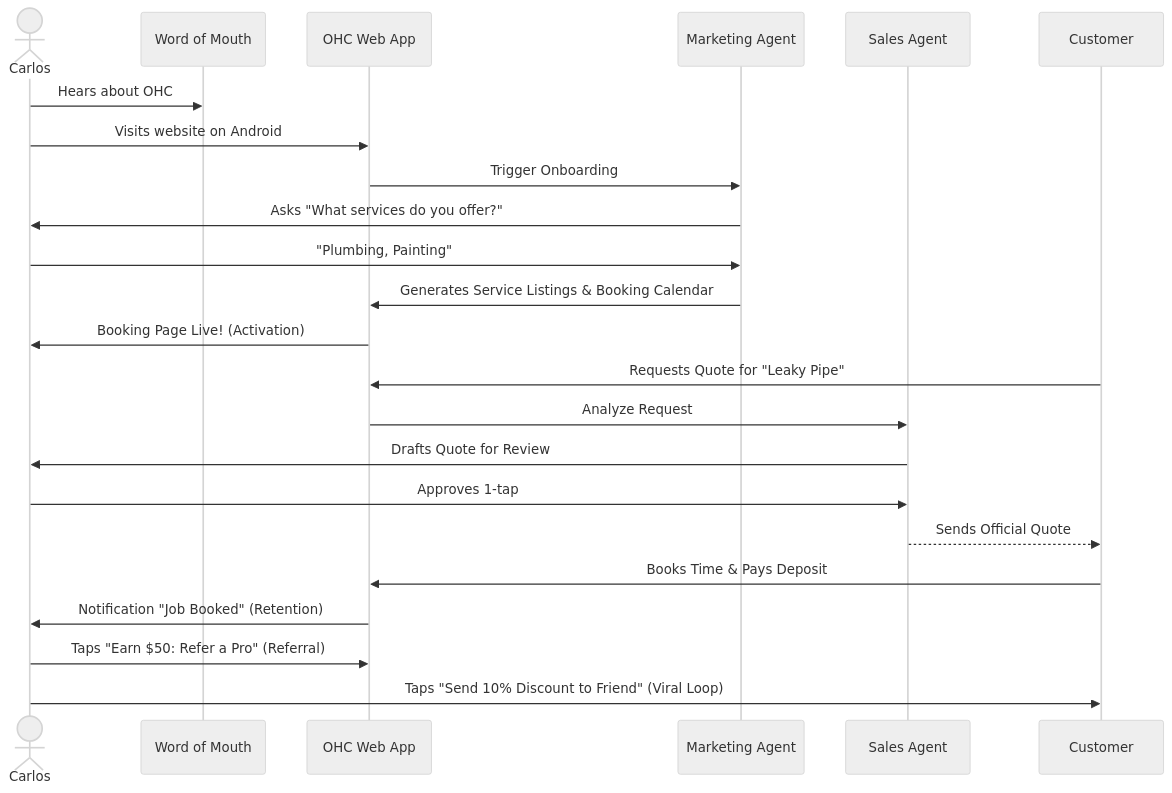
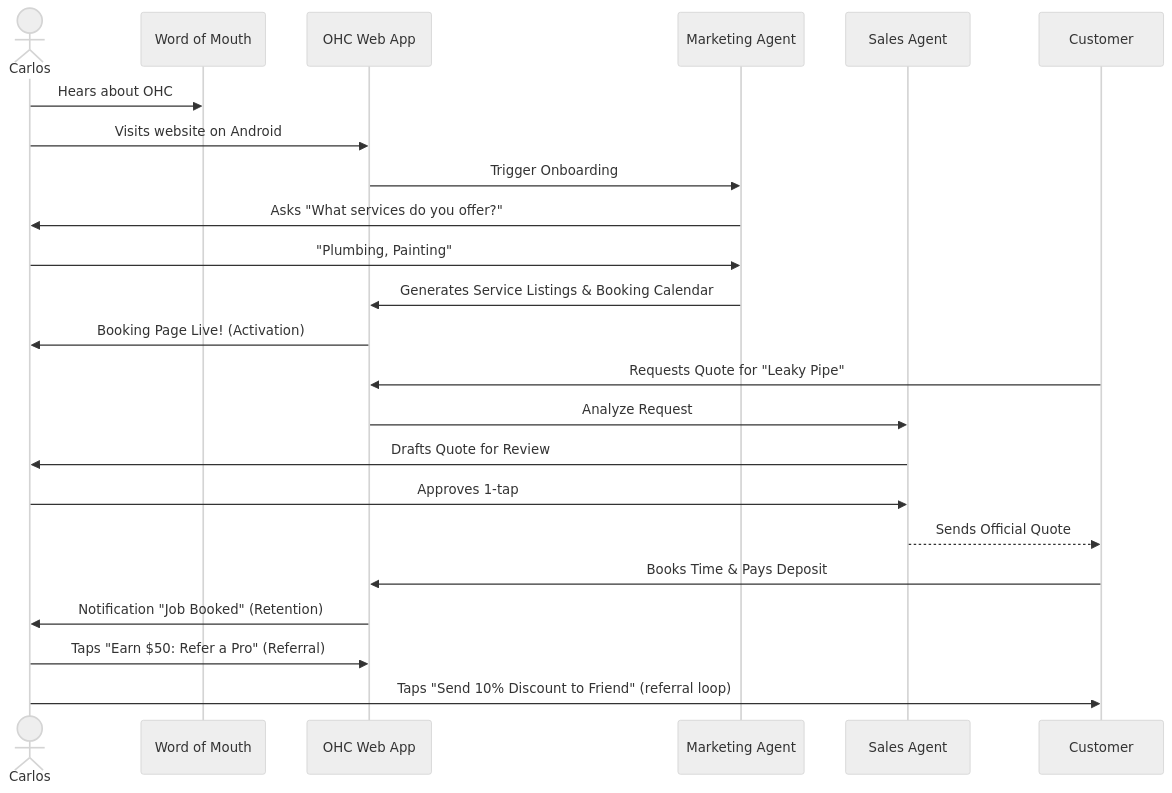
One commit to omnisolo-llc/onehumancorp changed the second of 5 diagrams in docs/research/[architecture]_business_journey.md. Above: the diagram before and after it, drawn with Mermaid (neutral theme). The commit also changed other lines of this file and 13 other files, not shown here.

````diff
--- a/docs/research/[architecture]_business_journey.md
+++ b/docs/research/[architecture]_business_journey.md
@@ -71,26 +71,26 @@
 ```mermaid
 sequenceDiagram
     actor Carlos
     participant WoM as Word of Mouth
     participant OHC as OHC Web App
     participant AI_Mark as Marketing Agent
     participant AI_Sales as Sales Agent
     participant Cust as Customer
 
     Carlos->>WoM: Hears about OHC
     Carlos->>OHC: Visits website on Android
     OHC->>AI_Mark: Trigger Onboarding
     AI_Mark->>Carlos: Asks "What services do you offer?"
     Carlos->>AI_Mark: "Plumbing, Painting"
     AI_Mark->>OHC: Generates Service Listings & Booking Calendar
     OHC->>Carlos: Booking Page Live! (Activation)
     Cust->>OHC: Requests Quote for "Leaky Pipe"
     OHC->>AI_Sales: Analyze Request
     AI_Sales->>Carlos: Drafts Quote for Review
     Carlos->>AI_Sales: Approves 1-tap
     AI_Sales-->>Cust: Sends Official Quote
     Cust->>OHC: Books Time & Pays Deposit
     OHC->>Carlos: Notification "Job Booked" (Retention)
     Carlos->>OHC: Taps "Earn $50: Refer a Pro" (Referral)
-    Carlos->>Cust: Taps "Send 10% Discount to Friend" (Viral Loop)
+    Carlos->>Cust: Taps "Send 10% Discount to Friend" (referral loop)
 ```
````
